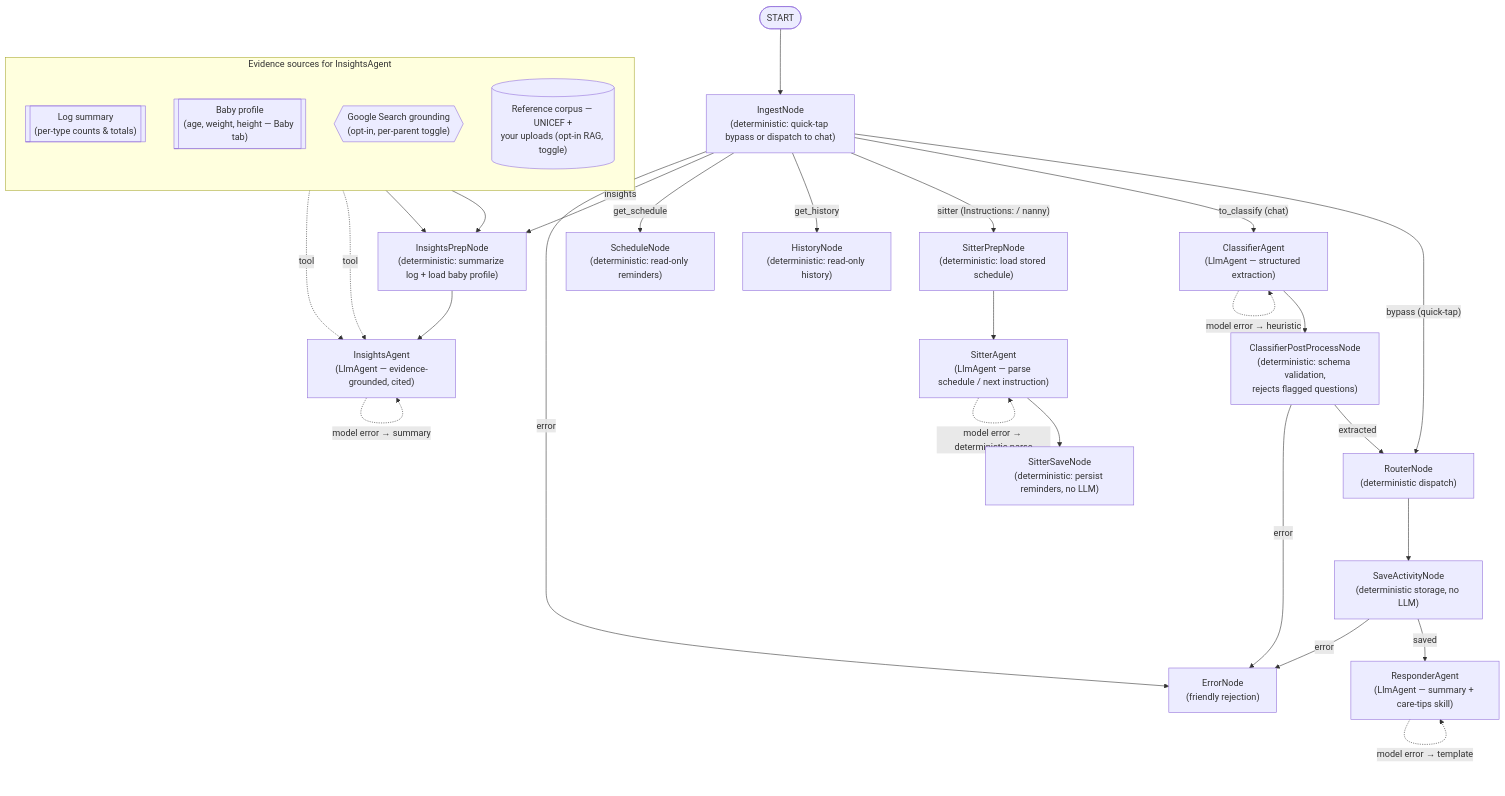
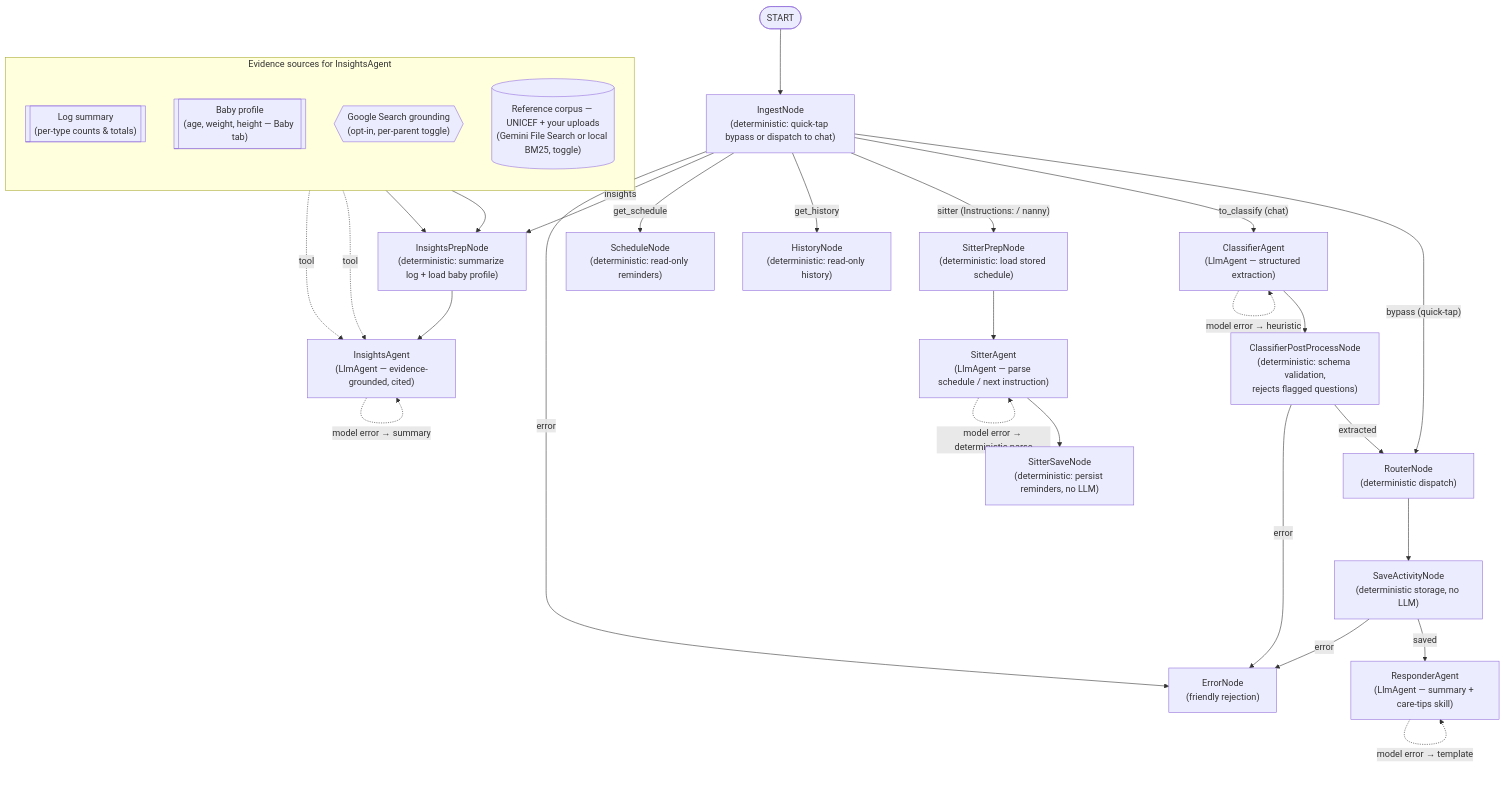
One commit to oslinin/nanny changed the diagram in README.md. Above: the diagram before and after it, drawn with Mermaid. The commit also changed other lines of this file and 12 other files, not shown here.

````diff
--- a/README.md
+++ b/README.md
@@ -28,54 +28,54 @@
 ```mermaid
 flowchart TD
     START([START])
     Ingest["IngestNode<br>(deterministic: quick-tap bypass or dispatch to chat)"]
     Classifier["ClassifierAgent<br>(LlmAgent — structured extraction)"]
     Postprocess["ClassifierPostProcessNode<br>(deterministic: schema validation,<br>rejects flagged questions)"]
     Router["RouterNode<br>(deterministic dispatch)"]
     Save["SaveActivityNode<br>(deterministic storage, no LLM)"]
     Responder["ResponderAgent<br>(LlmAgent — summary + care-tips skill)"]
     History["HistoryNode<br>(deterministic: read-only history)"]
     Schedule["ScheduleNode<br>(deterministic: read-only reminders)"]
     InsightsPrep["InsightsPrepNode<br>(deterministic: summarize log + load baby profile)"]
     Insights["InsightsAgent<br>(LlmAgent — evidence-grounded, cited)"]
     SitterPrep["SitterPrepNode<br>(deterministic: load stored schedule)"]
     Sitter["SitterAgent<br>(LlmAgent — parse schedule / next instruction)"]
     SitterSave["SitterSaveNode<br>(deterministic: persist reminders, no LLM)"]
     ErrorNode["ErrorNode<br>(friendly rejection)"]
 
     START --> Ingest
     Ingest -- "bypass (quick-tap)" --> Router
     Ingest -- "to_classify (chat)" --> Classifier
     Ingest -- "sitter (Instructions: / nanny)" --> SitterPrep
     Ingest -- "get_history" --> History
     Ingest -- "get_schedule" --> Schedule
     Ingest -- "insights" --> InsightsPrep
     InsightsPrep --> Insights
     SitterPrep --> Sitter
     Sitter --> SitterSave
     Ingest -- "error" --> ErrorNode
     Classifier --> Postprocess
     Postprocess -- "extracted" --> Router
     Postprocess -- "error" --> ErrorNode
     Router --> Save
     Save -- "saved" --> Responder
     Save -- "error" --> ErrorNode
 
     subgraph Sources["Evidence sources for InsightsAgent"]
         direction TB
         LogSummary[["Log summary<br>(per-type counts & totals)"]]
         BabyProfile[["Baby profile<br>(age, weight, height — Baby tab)"]]
         GoogleSearch{{"Google Search grounding<br>(opt-in, per-parent toggle)"}}
-        RefCorpus[("Reference corpus — UNICEF +<br>your uploads (opt-in RAG, toggle)")]
+        RefCorpus[("Reference corpus — UNICEF + your uploads<br>(Gemini File Search or local BM25, toggle)")]
     end
 
     LogSummary --> InsightsPrep
     BabyProfile --> InsightsPrep
     GoogleSearch -. "tool" .-> Insights
     RefCorpus -. "tool" .-> Insights
 
     Classifier -. "model error → heuristic" .-> Classifier
     Responder -. "model error → template" .-> Responder
     Insights -. "model error → summary" .-> Insights
     Sitter -. "model error → deterministic parse" .-> Sitter
 ```
````
